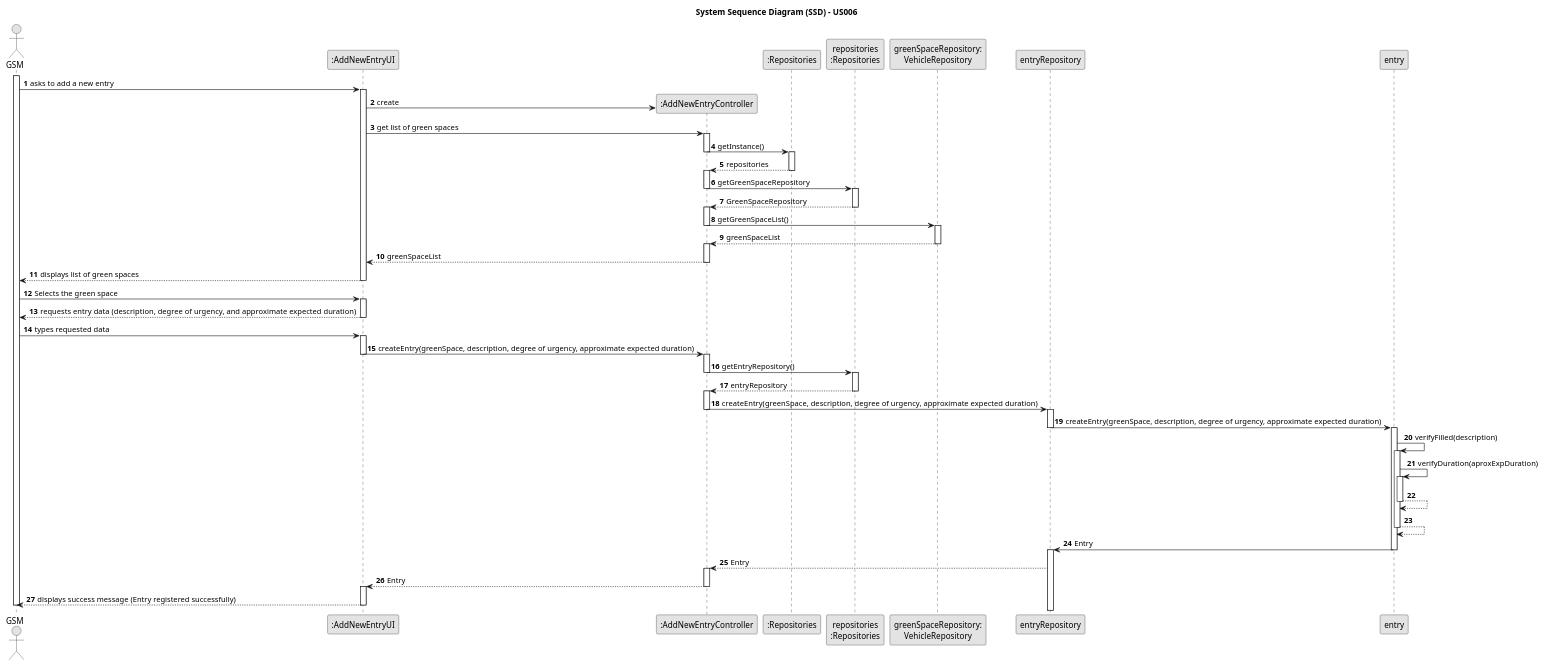
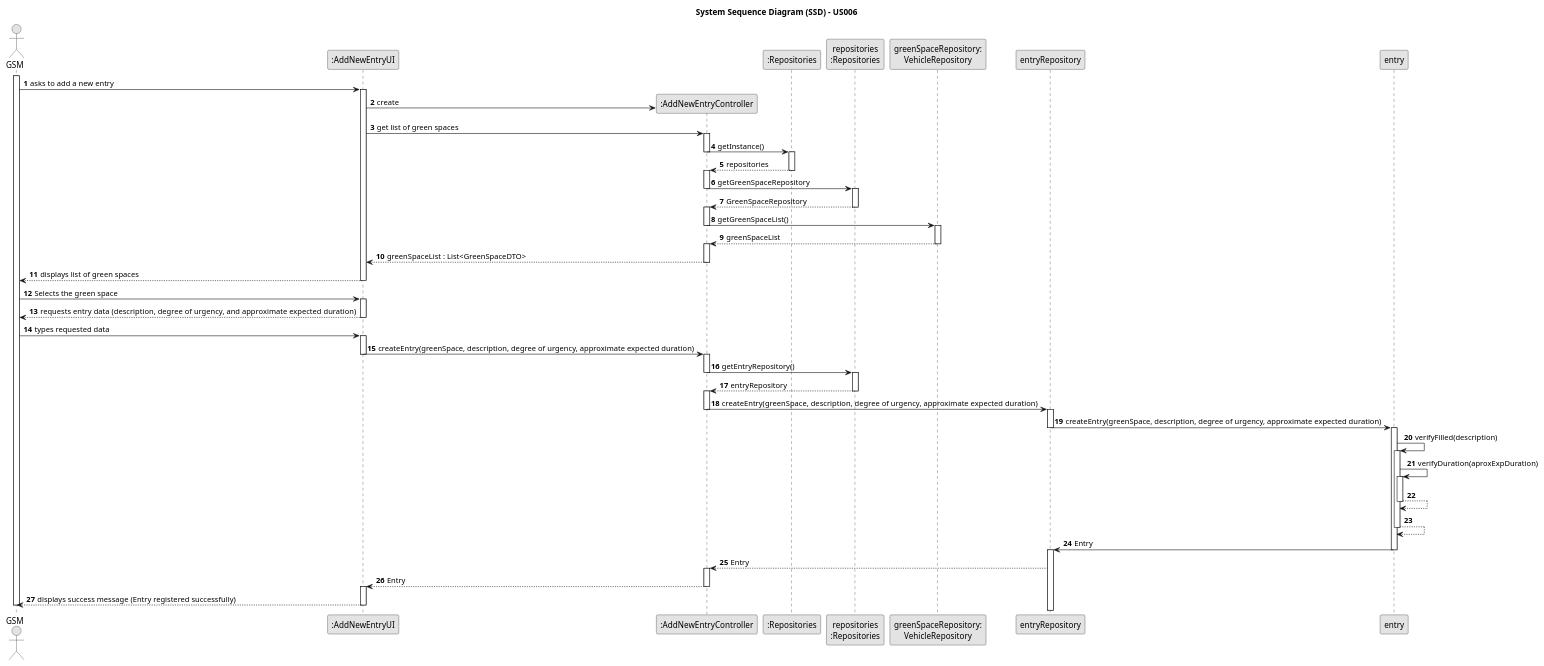
One commit to ricardomm7/leaflink changed the diagram in docs/sprintC/us021/03.design/puml/us021-sequence-diagram-full.puml. Above: the diagram before and after it, drawn with PlantUML. The commit also changed 13 other files, not shown here.

```diff
--- a/docs/sprintC/us021/03.design/puml/us021-sequence-diagram-full.puml
+++ b/docs/sprintC/us021/03.design/puml/us021-sequence-diagram-full.puml
@@ -2,122 +2,122 @@
 @startuml
 skinparam monochrome true
 skinparam packageStyle rectangle
 skinparam shadowing false
 
 title System Sequence Diagram (SSD) - US006
 
 autonumber
 
 actor "GSM" as GSM
 participant ":AddNewEntryUI" as UI
 participant ":AddNewEntryController" as CTRL
 participant ":Repositories" as RepositorySingleton
 participant "repositories\n:Repositories" as PLAT
 participant "greenSpaceRepository:\nVehicleRepository" as GreenSpaceRepository
 participant "entryRepository" as EntryRep
 participant "entry" as Entry
 
 activate GSM
 
     GSM -> UI : asks to add a new entry
     activate UI
 
 
         UI -> CTRL** : create
 
         UI -> CTRL : get list of green spaces
         activate CTRL
 
         CTRL -> RepositorySingleton : getInstance()
         deactivate CTRL
         activate RepositorySingleton
 
 
         RepositorySingleton --> CTRL : repositories
         deactivate RepositorySingleton
         activate CTRL
 
         CTRL -> PLAT :getGreenSpaceRepository
         deactivate CTRL
         activate PLAT
 
 
         PLAT --> CTRL : GreenSpaceRepository
         deactivate PLAT
         activate CTRL
 
 
         CTRL -> GreenSpaceRepository : getGreenSpaceList()
         deactivate CTRL
         activate GreenSpaceRepository
 
         GreenSpaceRepository --> CTRL : greenSpaceList
         deactivate GreenSpaceRepository
         activate CTRL
 
-        CTRL --> UI : greenSpaceList
+        CTRL --> UI : greenSpaceList : List<GreenSpaceDTO>
         deactivate CTRL
 
 
         UI --> GSM : displays list of green spaces
         deactivate UI
 
         GSM -> UI : Selects the green space
         activate UI
 
         UI --> GSM : requests entry data (description, degree of urgency, and approximate expected duration)
         deactivate UI
 
         GSM -> UI : types requested data
         activate UI
 
         UI -> CTRL : createEntry(greenSpace, description, degree of urgency, approximate expected duration)
         deactivate UI
         activate CTRL
 
 
         CTRL -> PLAT : getEntryRepository()
         deactivate CTRL
         activate PLAT
 
         PLAT --> CTRL : entryRepository
         deactivate PLAT
         activate CTRL
 
         CTRL -> EntryRep : createEntry(greenSpace, description, degree of urgency, approximate expected duration)
         deactivate CTRL
         activate EntryRep
 
         EntryRep -> Entry : createEntry(greenSpace, description, degree of urgency, approximate expected duration)
         deactivate EntryRep
         activate Entry
 
         Entry -> Entry : verifyFilled(description)
         activate Entry
 
         Entry -> Entry : verifyDuration(aproxExpDuration)
         activate Entry
 
         Entry --> Entry
         deactivate Entry
 
         Entry --> Entry
         deactivate Entry
 
         Entry -> EntryRep : Entry
         deactivate Entry
         activate EntryRep
 
         EntryRep --> CTRL : Entry
         activate CTRL
 
         CTRL --> UI : Entry
         deactivate CTRL
         activate UI
 
     UI --> GSM : displays success message (Entry registered successfully)
     deactivate UI
 
 deactivate GSM
 
 @enduml
```
